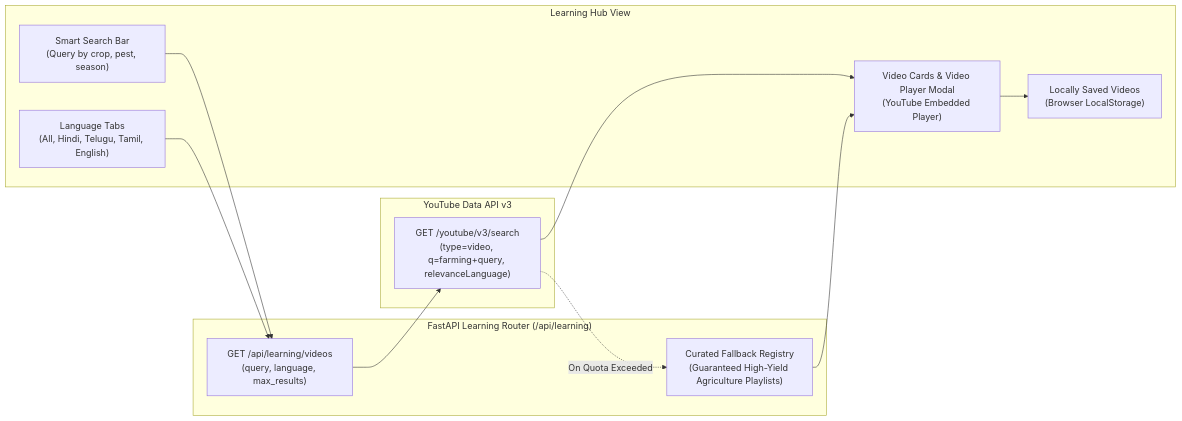
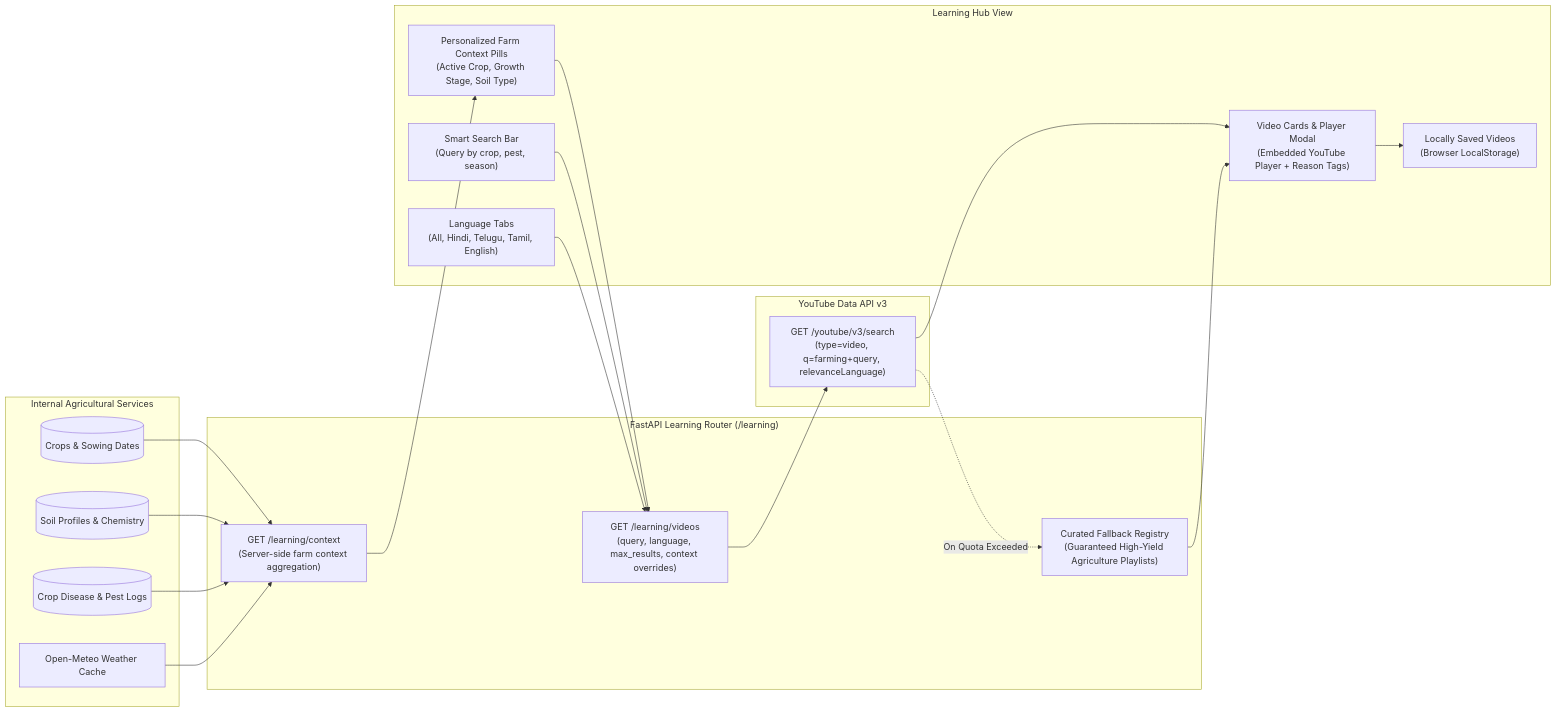
The ninth of 17 diagrams in SYSTEM_ARCHITECTURE.md (vinaykumarnethavath/AgriFlow.ai), drawn with Mermaid before and after one commit. The commit also changed other lines of this file and 2 other files, not shown here.

First line of the commit message:
docs: add Proposed Multi-Factor Pipeline and 4 Key Design Decisions to System Architecture and Features & Plans

````diff
--- a/SYSTEM_ARCHITECTURE.md
+++ b/SYSTEM_ARCHITECTURE.md
@@ -374,26 +404,42 @@
 ```mermaid
 graph LR
     subgraph LearningUI ["Learning Hub View"]
+        Context_Badge["Personalized Farm Context Pills\n(Active Crop, Growth Stage, Soil Type)"]
         Search_Bar["Smart Search Bar\n(Query by crop, pest, season)"]
         Lang_Filter["Language Tabs\n(All, Hindi, Telugu, Tamil, English)"]
-        Video_Grid["Video Cards & Video Player Modal\n(YouTube Embedded Player)"]
+        Video_Grid["Video Cards & Player Modal\n(Embedded YouTube Player + Reason Tags)"]
         Liked_List["Locally Saved Videos\n(Browser LocalStorage)"]
     end
 
-    subgraph LearningRouter ["FastAPI Learning Router (/api/learning)"]
-        EP_Videos["GET /api/learning/videos\n(query, language, max_results)"]
+    subgraph LearningRouter ["FastAPI Learning Router (/learning)"]
+        EP_Context["GET /learning/context\n(Server-side farm context aggregation)"]
+        EP_Videos["GET /learning/videos\n(query, language, max_results, context overrides)"]
         EP_Fallback["Curated Fallback Registry\n(Guaranteed High-Yield Agriculture Playlists)"]
+    end
+
+    subgraph InternalServices ["Internal Agricultural Services"]
+        DB_Crops[("Crops & Sowing Dates")]
+        DB_Soil[("Soil Profiles & Chemistry")]
+        DB_Health[("Crop Disease & Pest Logs")]
+        Svc_Weather["Open-Meteo Weather Cache"]
     end
 
     subgraph Ext_YouTubeEngine ["YouTube Data API v3"]
         YT_Search["GET /youtube/v3/search\n(type=video, q=farming+query, relevanceLanguage)"]
     end
 
+    DB_Crops --> EP_Context
+    DB_Soil --> EP_Context
+    DB_Health --> EP_Context
+    Svc_Weather --> EP_Context
+
+    EP_Context --> Context_Badge
+    Context_Badge --> EP_Videos
     Search_Bar --> EP_Videos
     Lang_Filter --> EP_Videos
     EP_Videos --> YT_Search
     YT_Search -. On Quota Exceeded .-> EP_Fallback
     YT_Search --> Video_Grid
     EP_Fallback --> Video_Grid
     Video_Grid --> Liked_List
 ```
````
